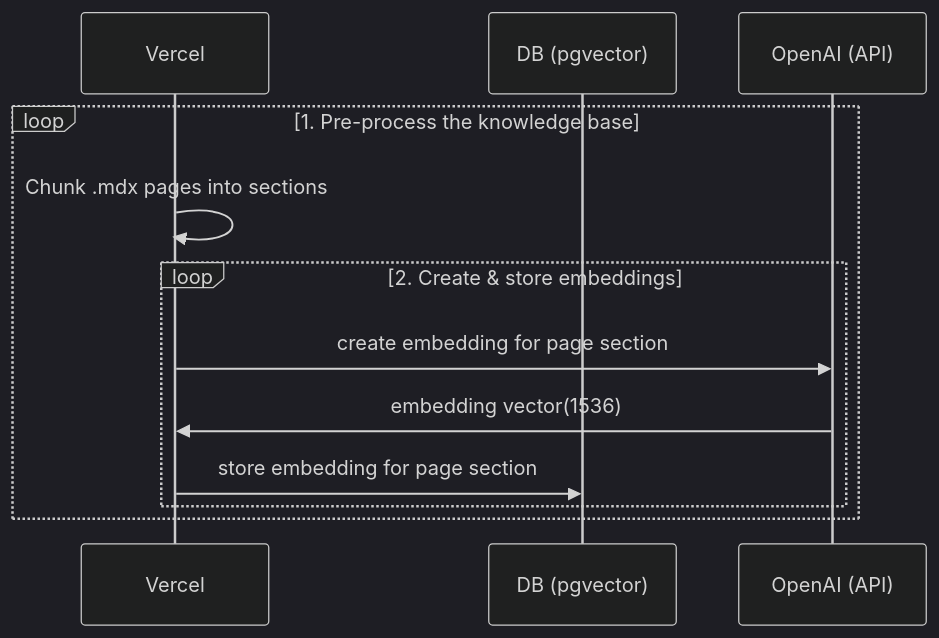
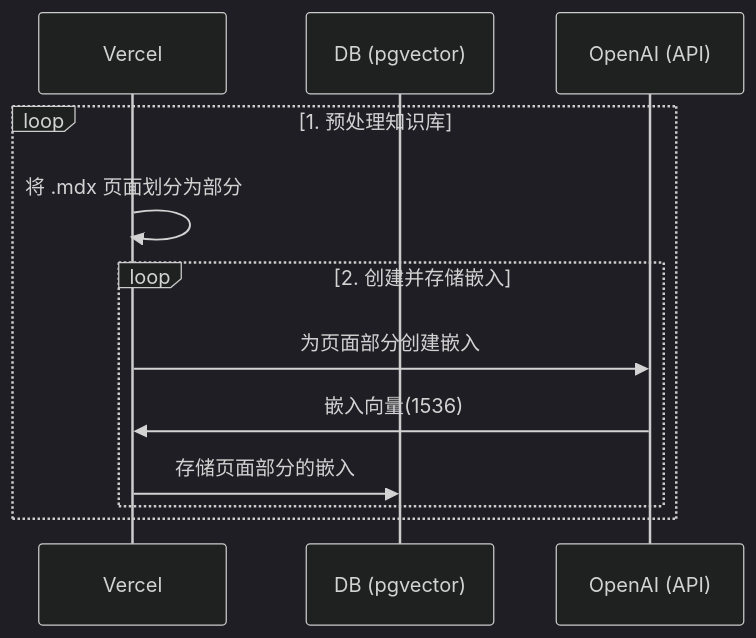
The first of 2 diagrams in README.md (lvwzhen/law-cn-ai), drawn with Mermaid (dark theme) before and after one commit. The commit also changed other lines of this file, not shown here.

````diff
--- a/README.md
+++ b/README.md
@@ -26,14 +28,14 @@
 ```mermaid
 sequenceDiagram
     participant Vercel
     participant DB (pgvector)
     participant OpenAI (API)
-    loop 1. Pre-process the knowledge base
-        Vercel->>Vercel: Chunk .mdx pages into sections
-        loop 2. Create & store embeddings
-            Vercel->>OpenAI (API): create embedding for page section
-            OpenAI (API)->>Vercel: embedding vector(1536)
-            Vercel->>DB (pgvector): store embedding for page section
+    loop 1. 预处理知识库
+        Vercel->>Vercel: 将 .mdx 页面划分为部分
+        loop 2. 创建并存储嵌入
+            Vercel->>OpenAI (API): 为页面部分创建嵌入
+            OpenAI (API)->>Vercel: 嵌入向量(1536)
+            Vercel->>DB (pgvector): 存储页面部分的嵌入
         end
     end
 ```
````
